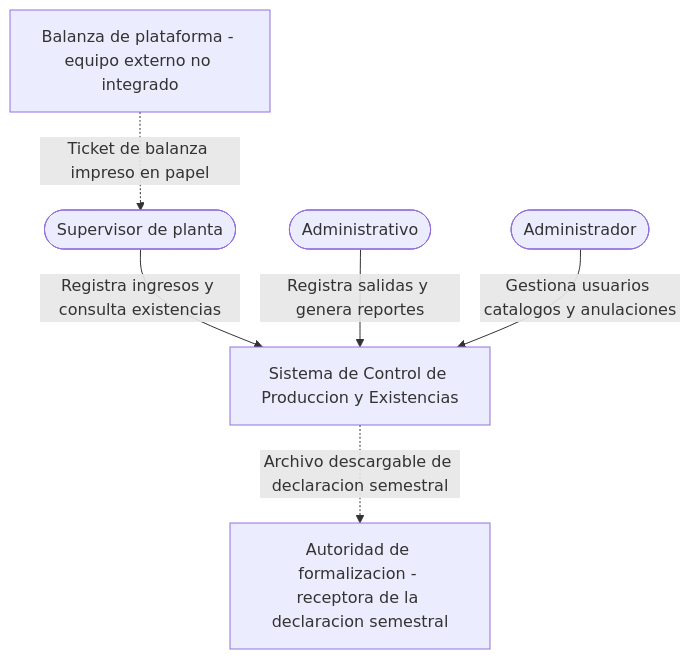
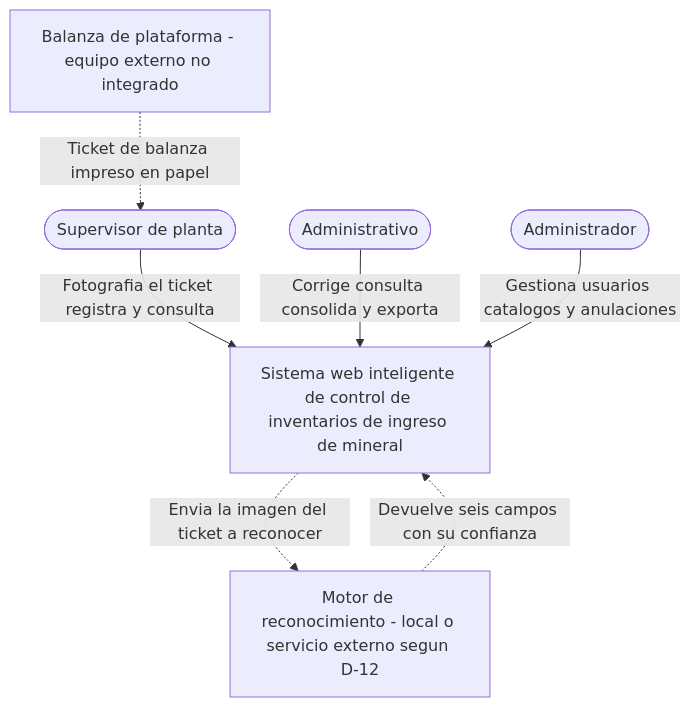
The first of 7 diagrams in docs/model-c4/ARQ-03_Modelo_C4.md (adlerOmonte1/LogisticaMinera), drawn with Mermaid before and after one commit. The commit also changed other lines of this file, not shown here.

First line of the commit message:
docs(arquitectura): ARQ-03 Modelo C4 del sistema inteligente

````diff
--- a/docs/model-c4/ARQ-03_Modelo_C4.md
+++ b/docs/model-c4/ARQ-03_Modelo_C4.md
@@ -35,18 +34,19 @@
 ```mermaid
 flowchart TB
     ADM(["Administrador"])
     ADV(["Administrativo"])
     SUP(["Supervisor de planta"])
 
-    SIS["Sistema de Control de Produccion y Existencias"]
+    SIS["Sistema web inteligente de control de inventarios de ingreso de mineral"]
 
     BAL["Balanza de plataforma - equipo externo no integrado"]
-    AUT["Autoridad de formalizacion - receptora de la declaracion semestral"]
+    MOT["Motor de reconocimiento - local o servicio externo segun D-12"]
 
-    SUP -->|Registra ingresos y consulta existencias| SIS
-    ADV -->|Registra salidas y genera reportes| SIS
+    SUP -->|Fotografia el ticket registra y consulta| SIS
+    ADV -->|Corrige consulta consolida y exporta| SIS
     ADM -->|Gestiona usuarios catalogos y anulaciones| SIS
 
     BAL -.->|Ticket de balanza impreso en papel| SUP
-    SIS -.->|Archivo descargable de declaracion semestral| AUT
+    SIS -.->|Envia la imagen del ticket a reconocer| MOT
+    MOT -.->|Devuelve seis campos con su confianza| SIS
 ```
````
